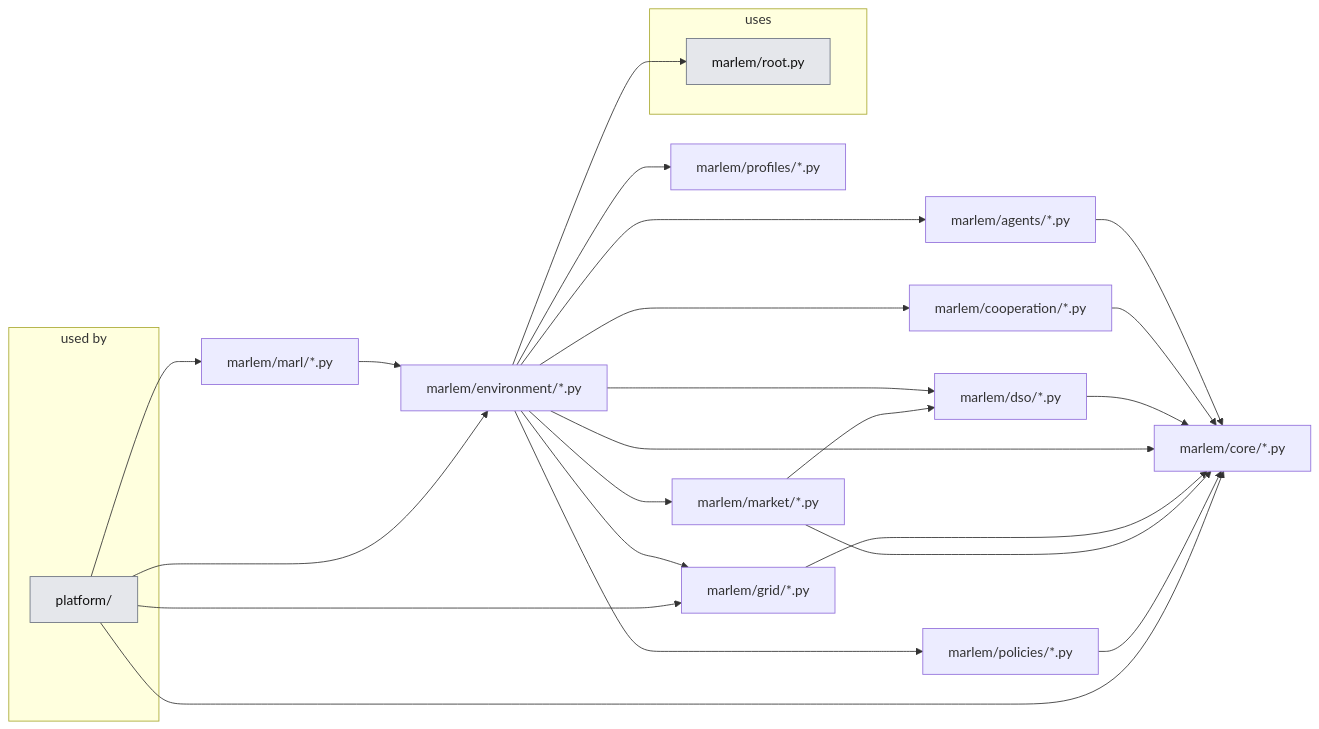
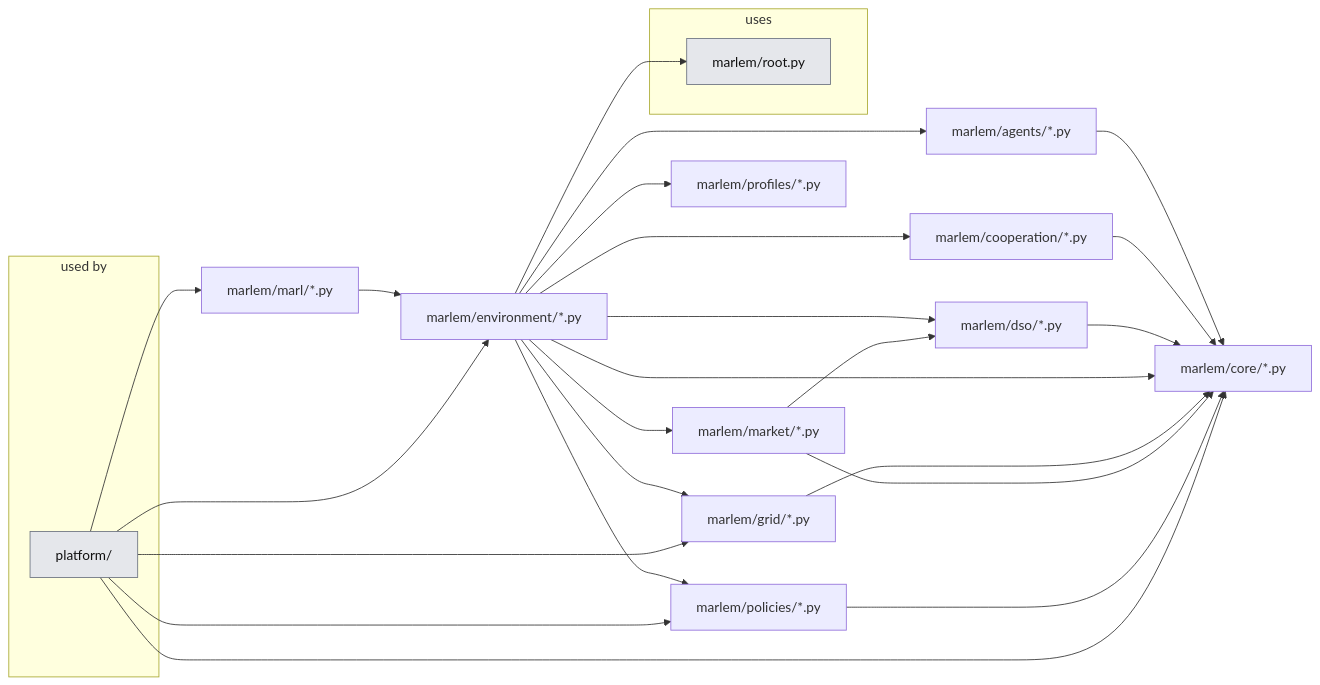
Before and after one commit to KevinRapo/P2P-thesis: the third of 3 diagrams in docs_thesis/thesis/architecture/README.md, drawn with Mermaid. The commit also changed 11 other files, not shown here.

````diff
--- a/docs_thesis/thesis/architecture/README.md
+++ b/docs_thesis/thesis/architecture/README.md
@@ -149,41 +149,42 @@
 ```mermaid
 flowchart LR
   subgraph USERS["used by"]
     n_platform__users_["platform/"]:::ext
   end
   n_marlem_agents__["marlem/agents/*.py"]
   n_marlem_cooperation__["marlem/cooperation/*.py"]
   n_marlem_core__["marlem/core/*.py"]
   n_marlem_dso__["marlem/dso/*.py"]
   n_marlem_environment__["marlem/environment/*.py"]
   n_marlem_grid__["marlem/grid/*.py"]
   n_marlem_market__["marlem/market/*.py"]
   n_marlem_marl__["marlem/marl/*.py"]
   n_marlem_policies__["marlem/policies/*.py"]
   n_marlem_profiles__["marlem/profiles/*.py"]
   subgraph USES["uses"]
     n_marlem_root["marlem/root.py"]:::ext
   end
   n_marlem_agents__ --> n_marlem_core__
   n_marlem_cooperation__ --> n_marlem_core__
   n_marlem_dso__ --> n_marlem_core__
   n_marlem_environment__ --> n_marlem_agents__
   n_marlem_environment__ --> n_marlem_cooperation__
   n_marlem_environment__ --> n_marlem_core__
   n_marlem_environment__ --> n_marlem_dso__
   n_marlem_environment__ --> n_marlem_grid__
   n_marlem_environment__ --> n_marlem_market__
   n_marlem_environment__ --> n_marlem_policies__
   n_marlem_environment__ --> n_marlem_profiles__
   n_marlem_environment__ --> n_marlem_root
   n_marlem_grid__ --> n_marlem_core__
   n_marlem_market__ --> n_marlem_core__
   n_marlem_market__ --> n_marlem_dso__
   n_marlem_marl__ --> n_marlem_environment__
   n_marlem_policies__ --> n_marlem_core__
   n_platform__users_ --> n_marlem_core__
   n_platform__users_ --> n_marlem_environment__
   n_platform__users_ --> n_marlem_grid__
   n_platform__users_ --> n_marlem_marl__
+  n_platform__users_ --> n_marlem_policies__
   classDef ext fill:#e5e7eb,stroke:#6b7280,color:#111
 ```
````
